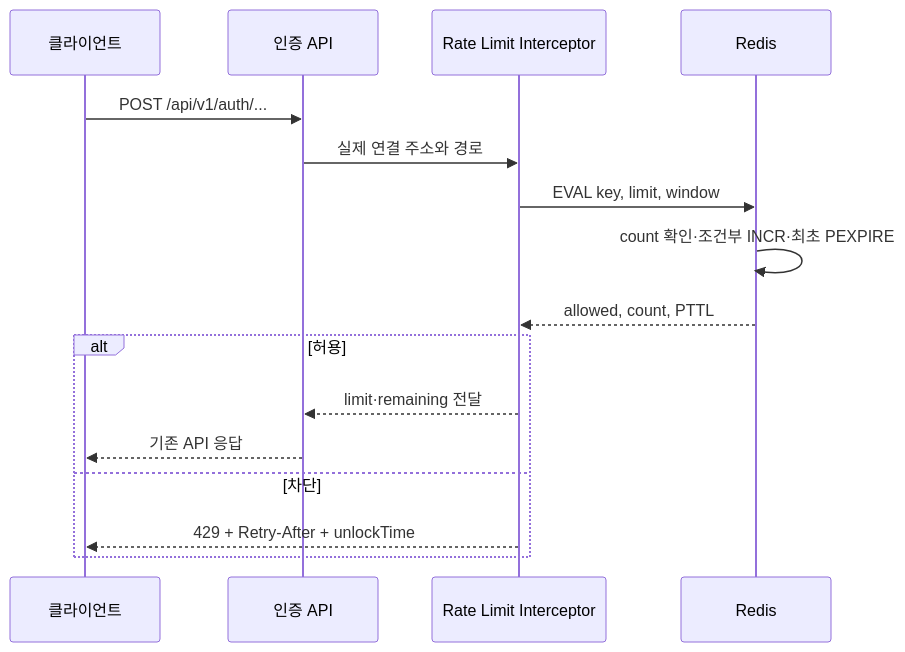
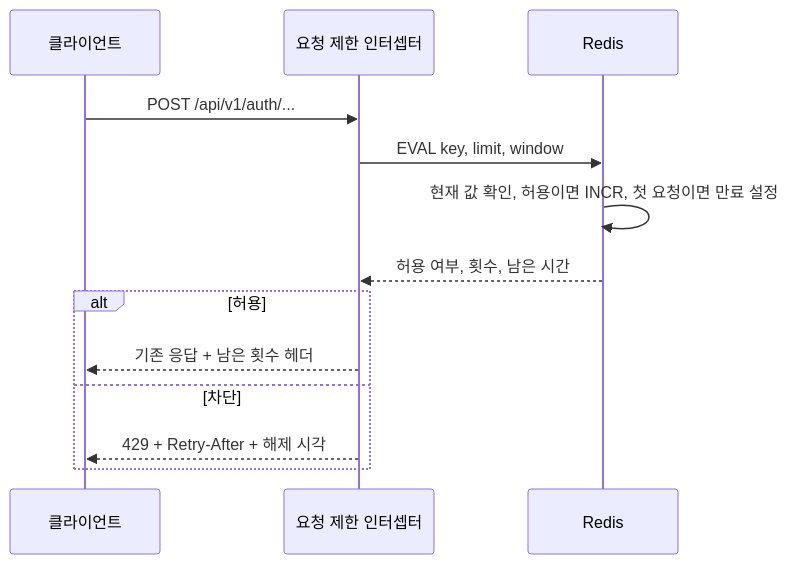
The diagram in DOCS/refactoring/be-refactor/PHASE_2D_AUTH_RATE_LIMIT_ATOMICITY.md (didim-log/didim-log-BE), drawn with Mermaid before and after one commit. The commit also changed other lines of this file and 46 other files, not shown here.

````diff
--- a/DOCS/refactoring/be-refactor/PHASE_2D_AUTH_RATE_LIMIT_ATOMICITY.md
+++ b/DOCS/refactoring/be-refactor/PHASE_2D_AUTH_RATE_LIMIT_ATOMICITY.md
@@ -27,19 +32,16 @@
 ```mermaid
 sequenceDiagram
     participant Client as 클라이언트
-    participant API as 인증 API
-    participant Limit as Rate Limit Interceptor
+    participant Limit as 요청 제한 인터셉터
     participant Redis
 
-    Client->>API: POST /api/v1/auth/...
-    API->>Limit: 실제 연결 주소와 경로
+    Client->>Limit: POST /api/v1/auth/...
     Limit->>Redis: EVAL key, limit, window
-    Redis->>Redis: count 확인·조건부 INCR·최초 PEXPIRE
-    Redis-->>Limit: allowed, count, PTTL
+    Redis->>Redis: 현재 값 확인, 허용이면 INCR, 첫 요청이면 만료 설정
+    Redis-->>Limit: 허용 여부, 횟수, 남은 시간
     alt 허용
-        Limit-->>API: limit·remaining 전달
-        API-->>Client: 기존 API 응답
+        Limit-->>Client: 기존 응답 + 남은 횟수 헤더
     else 차단
-        Limit-->>Client: 429 + Retry-After + unlockTime
+        Limit-->>Client: 429 + Retry-After + 해제 시각
     end
 ```
````
